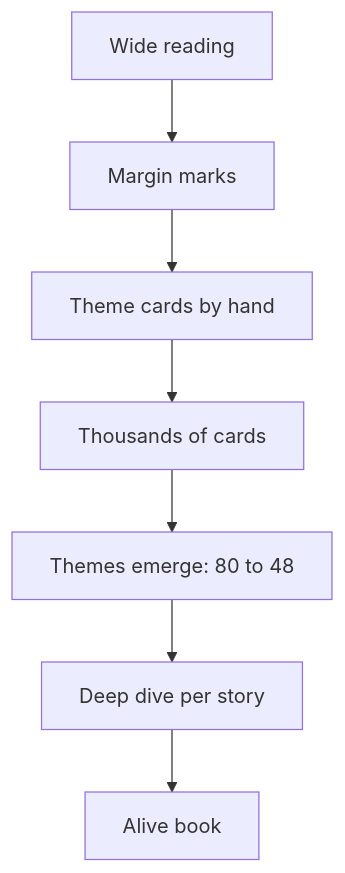
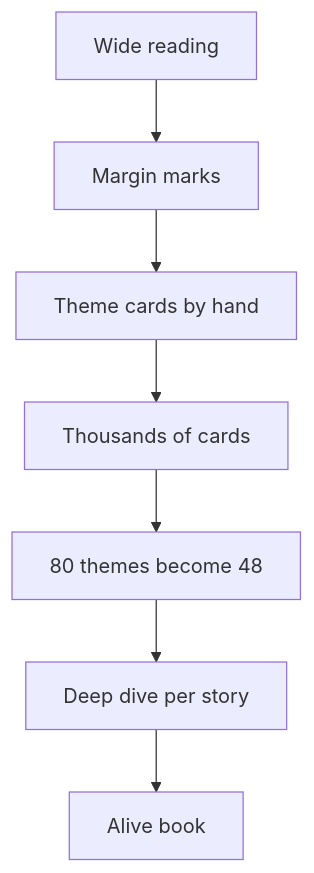
Before and after one commit to jrajath94/ai-podcast-curriculum: the diagram in content/tracks/knowledge-project/ep05.md, drawn with Mermaid. The commit also changed other lines of this file, not shown here.

````diff
--- a/content/tracks/knowledge-project/ep05.md
+++ b/content/tracks/knowledge-project/ep05.md
@@ -65,9 +65,9 @@
 ```mermaid
 graph TD
     A[Wide reading] --> B[Margin marks]
     B --> C[Theme cards by hand]
     C --> D[Thousands of cards]
-    D --> E[Themes emerge: 80 to 48]
+    D --> E[80 themes become 48]
     E --> F[Deep dive per story]
     F --> G[Alive book]
 ```
````
